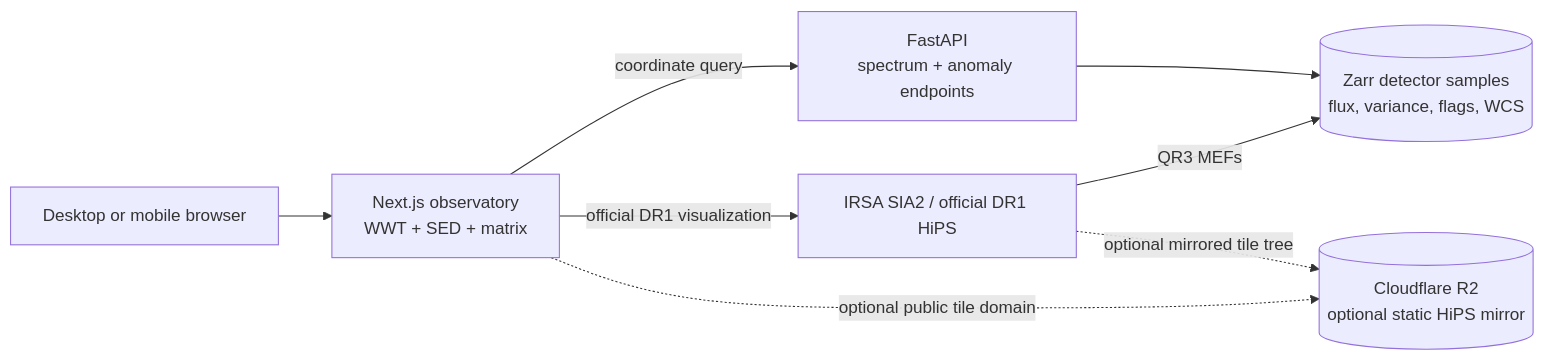
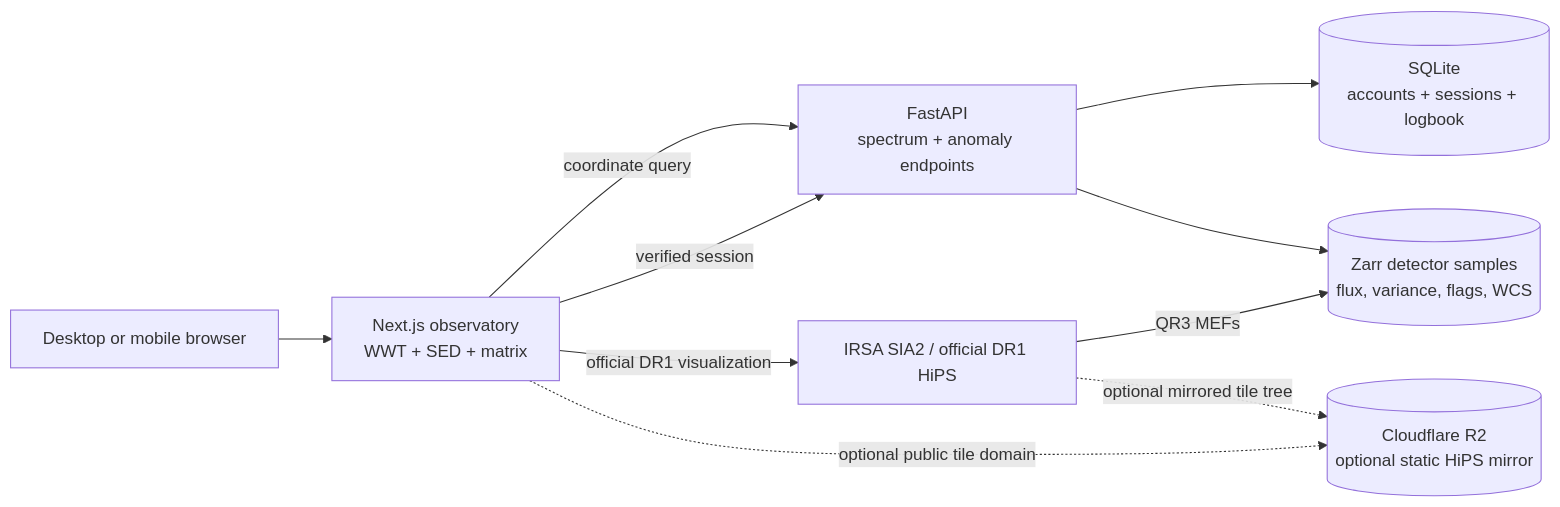
One commit to KanhiChamoli/chronospectra-engine changed the diagram in README.md. Above: the diagram before and after it, drawn with Mermaid. The commit also changed other lines of this file and 26 other files, not shown here.

````diff
--- a/README.md
+++ b/README.md
@@ -16,17 +22,20 @@
 ```mermaid
 flowchart LR
     Visitor[Desktop or mobile browser]
     Next[Next.js observatory<br/>WWT + SED + matrix]
     API[FastAPI<br/>spectrum + anomaly endpoints]
     Zarr[(Zarr detector samples<br/>flux, variance, flags, WCS)]
+    Accounts[(SQLite<br/>accounts + sessions + logbook)]
     IRSA[IRSA SIA2 / official DR1 HiPS]
     R2[(Cloudflare R2<br/>optional static HiPS mirror)]
 
     Visitor --> Next
     Next -->|coordinate query| API
+    Next -->|verified session| API
+    API --> Accounts
     API --> Zarr
     IRSA -->|QR3 MEFs| Zarr
     Next -->|official DR1 visualization| IRSA
     IRSA -. optional mirrored tile tree .-> R2
     Next -. optional public tile domain .-> R2
 ```
````
